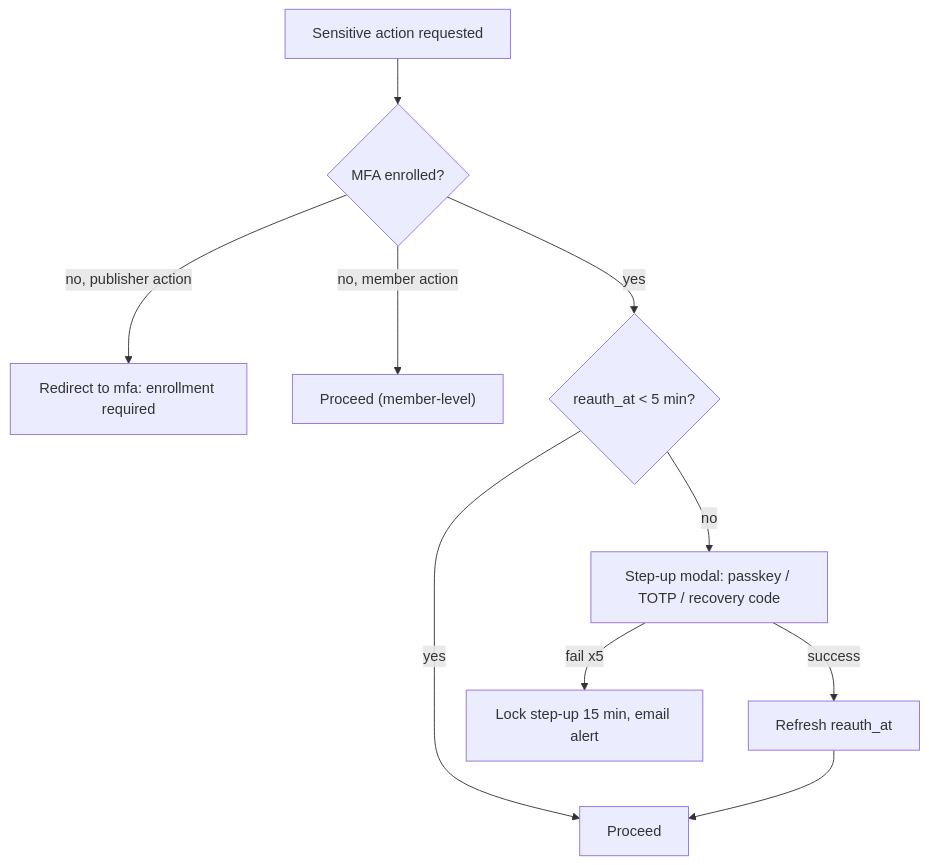
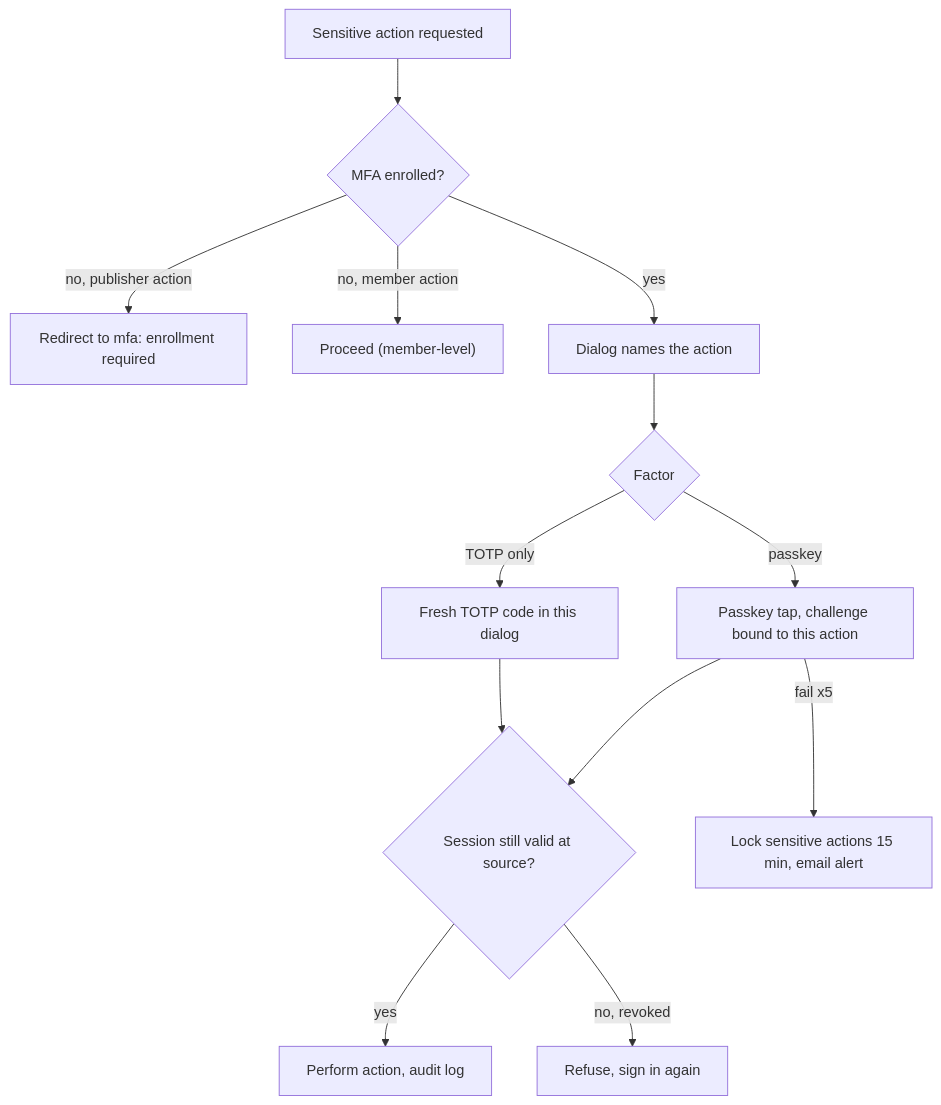
Before and after one commit to Claudinite/PackServer: the second of 13 diagrams in docs/ui/flows.md, drawn with Mermaid. The commit also changed other lines of this file and 4 other files, not shown here.

````diff
--- a/docs/ui/flows.md
+++ b/docs/ui/flows.md
@@ -64,11 +71,15 @@
 ```mermaid
 flowchart TD
   A["Sensitive action requested"] --> B{"MFA enrolled?"}
-  B -- no, publisher action --> C["Redirect to mfa: enrollment required"]
-  B -- no, member action --> D["Proceed (member-level)"]
-  B -- yes --> E{"reauth_at < 5 min?"}
-  E -- yes --> F["Proceed"]
-  E -- no --> G["Step-up modal: passkey / TOTP / recovery code"]
-  G -- success --> H["Refresh reauth_at"] --> F
-  G -- fail x5 --> I["Lock step-up 15 min, email alert"]
+  B -- "no, publisher action" --> C["Redirect to mfa: enrollment required"]
+  B -- "no, member action" --> D["Proceed (member-level)"]
+  B -- yes --> E["Dialog names the action"]
+  E --> F{"Factor"}
+  F -- passkey --> G["Passkey tap, challenge bound to this action"]
+  F -- "TOTP only" --> H["Fresh TOTP code in this dialog"]
+  G --> I{"Session still valid at source?"}
+  H --> I
+  I -- yes --> J["Perform action, audit log"]
+  I -- "no, revoked" --> K["Refuse, sign in again"]
+  G -- "fail x5" --> L["Lock sensitive actions 15 min, email alert"]
 ```
````
